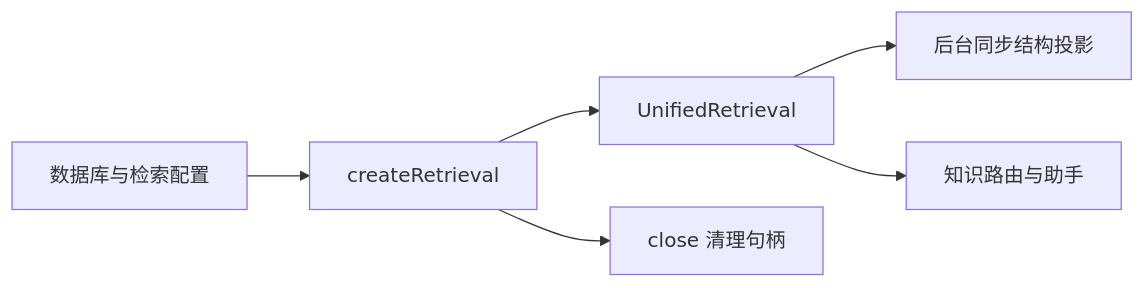
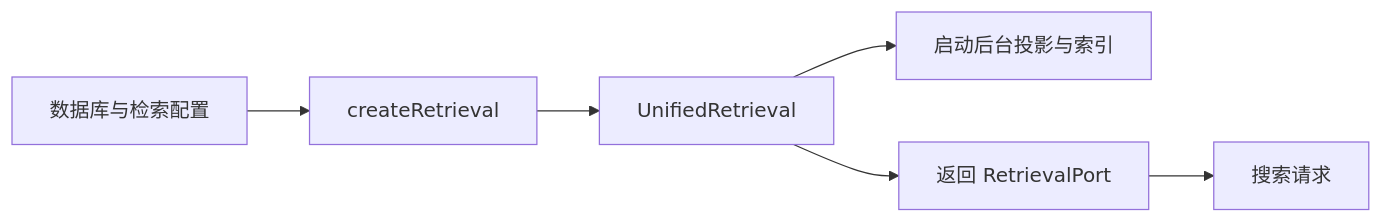
The diagram in .repo-review/knowledge/articles/4de4dc1b2d97b0ac0916c8d7803da3bbb33b99302666b39fa0e01e13e7ba9ae6.md (lejunyang/omem), drawn with Mermaid before and after one commit. The commit also changed other lines of this file and 11 other files, not shown here.

````diff
--- a/.repo-review/knowledge/articles/4de4dc1b2d97b0ac0916c8d7803da3bbb33b99302666b39fa0e01e13e7ba9ae6.md
+++ b/.repo-review/knowledge/articles/4de4dc1b2d97b0ac0916c8d7803da3bbb33b99302666b39fa0e01e13e7ba9ae6.md
@@ -19,8 +17,8 @@
 ```mermaid
 flowchart LR
   A[数据库与检索配置] --> B[createRetrieval]
   B --> C[UnifiedRetrieval]
-  C --> D[后台同步结构投影]
-  C --> E[知识路由与助手]
-  B --> F[close 清理句柄]
+  C --> D[启动后台投影与索引]
+  C --> E[返回 RetrievalPort]
+  E --> F[搜索请求]
 ```
````
